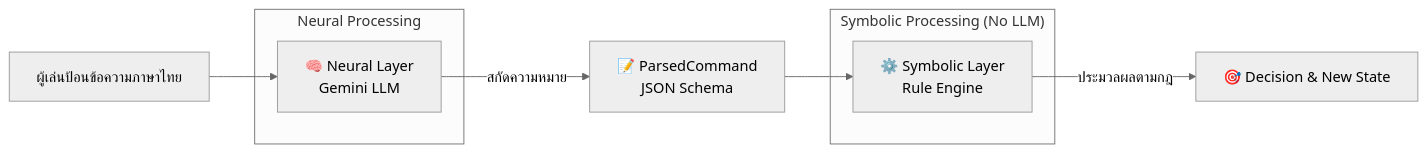
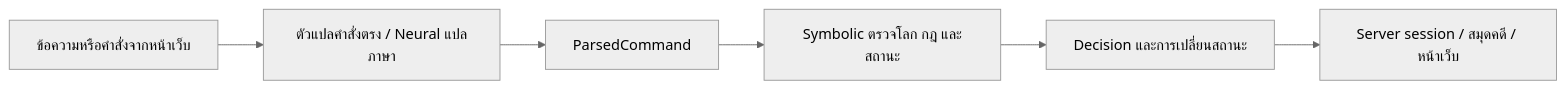
The diagram in README.md (Chaianan56/nesy-escape), drawn with Mermaid (neutral theme) before and after one commit. The commit also changed other lines of this file and 72 other files, not shown here.

Commit message:
Complete investigation flow and narrative scenes

````diff
--- a/README.md
+++ b/README.md
@@ -12,15 +42,8 @@
 ```mermaid
 flowchart LR
-    A[ผู้เล่นป้อนข้อความภาษาไทย] --> B[🧠 Neural Layer<br/>Gemini LLM]
-    B -->|สกัดความหมาย| C[📝 ParsedCommand<br/>JSON Schema]
-    C --> D[⚙️ Symbolic Layer<br/>Rule Engine]
-    D -->|ประมวลผลตามกฎ| E[🎯 Decision & New State]
-
-    subgraph Neural ["Neural Processing"]
-        B
-    end
-
-    subgraph Symbolic ["Symbolic Processing (No LLM)"]
-        D
-    end
+  A[ข้อความหรือคำสั่งจากหน้าเว็บ] --> B[ตัวแปลคำสั่งตรง / Neural แปลภาษา]
+  B --> C[ParsedCommand]
+  C --> D[Symbolic ตรวจโลก กฎ และสถานะ]
+  D --> E[Decision และการเปลี่ยนสถานะ]
+  E --> F[Server session / สมุดคดี / หน้าเว็บ]
 ```
````
